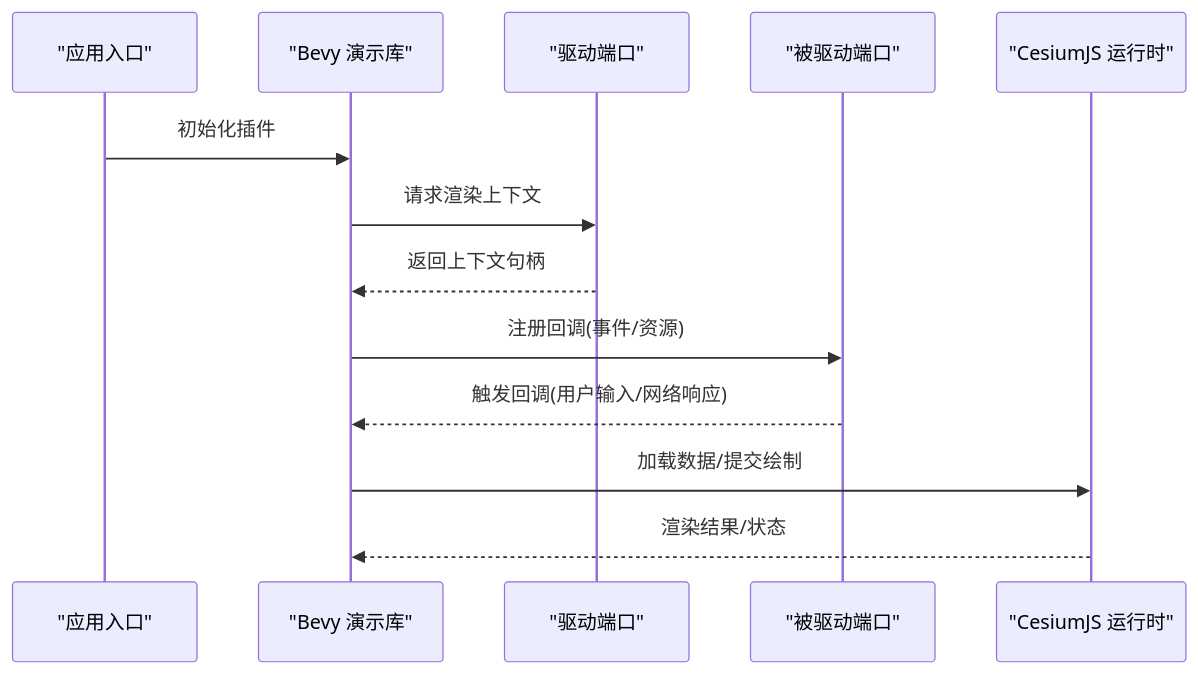
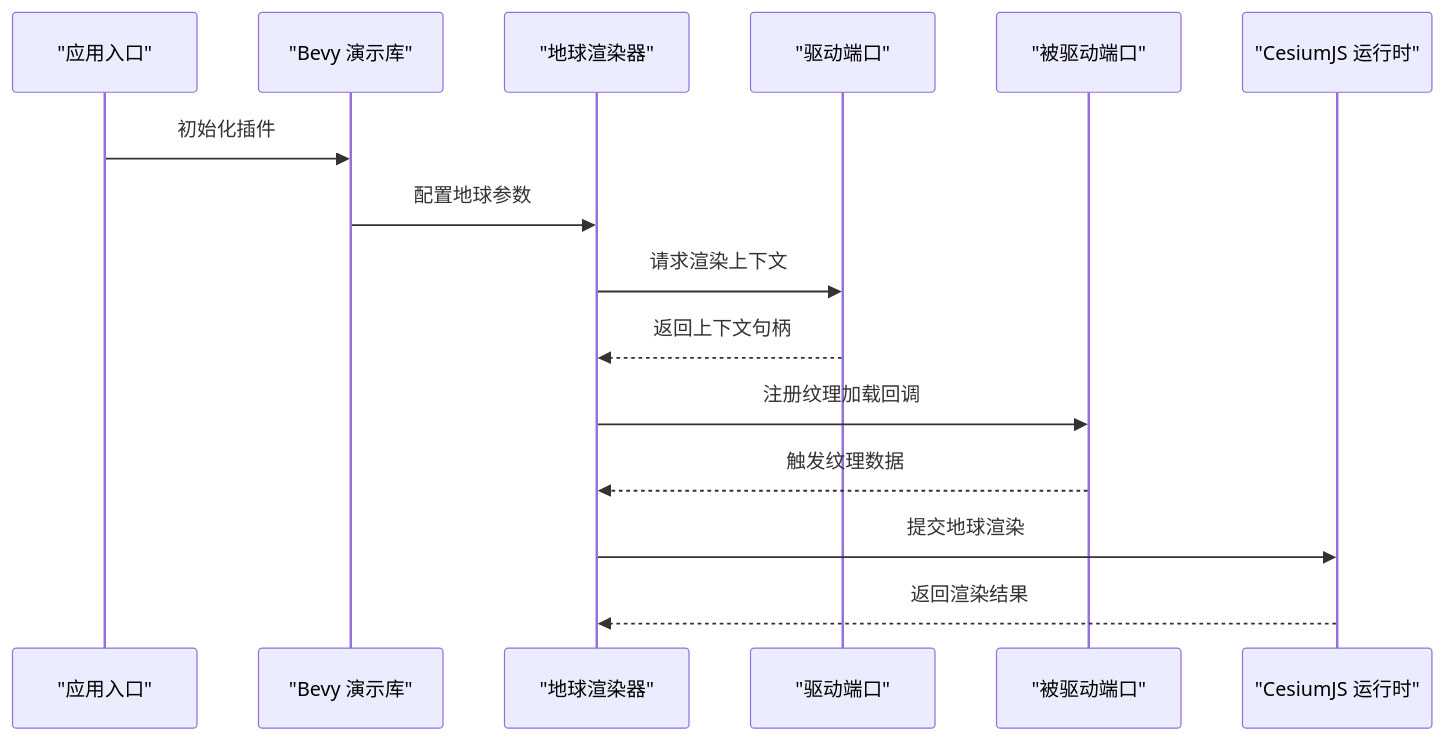
The fifth of 6 diagrams in .qoder/repowiki/zh/content/示例教程/Bevy游戏引擎集成示例.md (rzhangjing/cesium), drawn with Mermaid before and after one commit. The commit also changed other lines of this file and 178 other files, not shown here.

````diff
--- a/.qoder/repowiki/zh/content/示例教程/Bevy游戏引擎集成示例.md
+++ b/.qoder/repowiki/zh/content/示例教程/Bevy游戏引擎集成示例.md
@@ -281,15 +313,17 @@
 ```mermaid
 sequenceDiagram
 participant App as "应用入口"
 participant Demo as "Bevy 演示库"
+participant Globe as "地球渲染器"
 participant Drv as "驱动端口"
 participant Drn as "被驱动端口"
 participant Cesium as "CesiumJS 运行时"
 App->>Demo : 初始化插件
-Demo->>Drv : 请求渲染上下文
-Drv-->>Demo : 返回上下文句柄
-Demo->>Drn : 注册回调(事件/资源)
-Drn-->>Demo : 触发回调(用户输入/网络响应)
-Demo->>Cesium : 加载数据/提交绘制
-Cesium-->>Demo : 渲染结果/状态
+Demo->>Globe : 配置地球参数
+Globe->>Drv : 请求渲染上下文
+Drv-->>Globe : 返回上下文句柄
+Globe->>Drn : 注册纹理加载回调
+Drn-->>Globe : 触发纹理数据
+Globe->>Cesium : 提交地球渲染
+Cesium-->>Globe : 返回渲染结果
 ```
````
